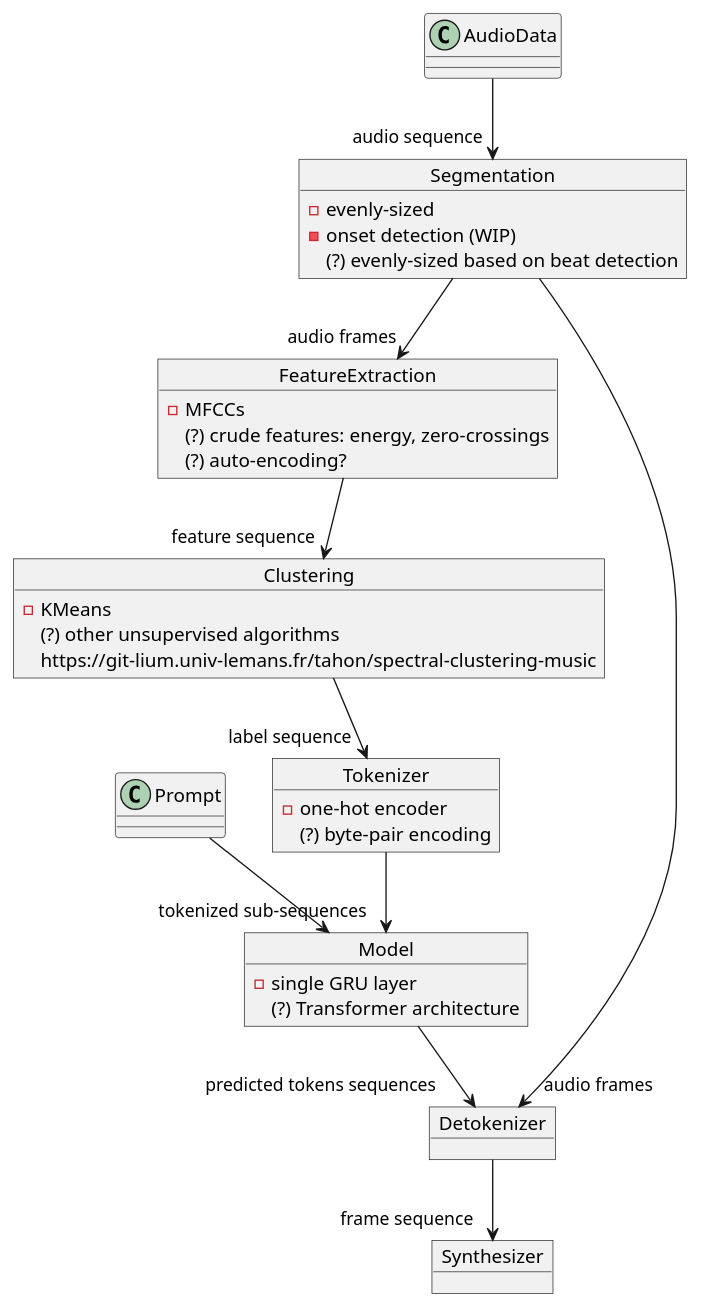
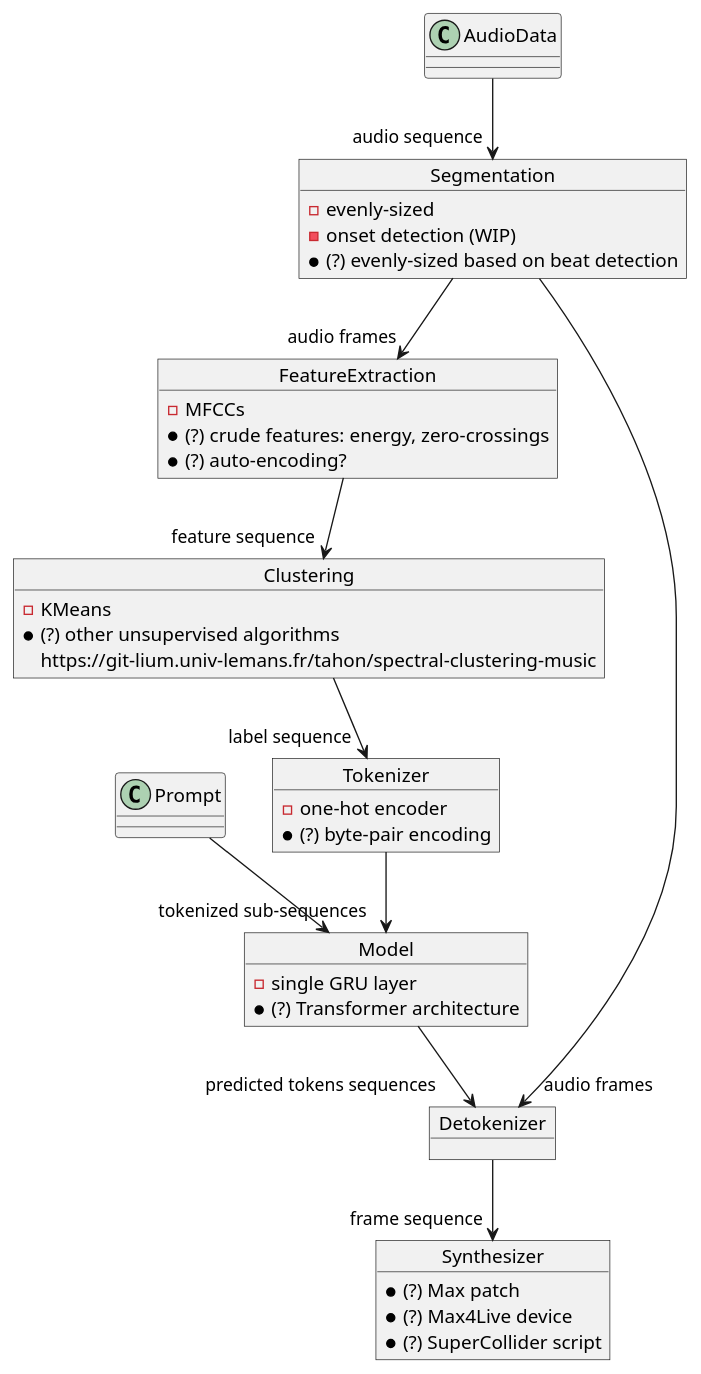
One commit to wwerkk/MC-FP changed the diagram in docs/ArchitectureIdeas.md. Above: the diagram before and after it, drawn with PlantUML. The commit also changed 5 other files, not shown here.

Commit message:
update diagrams in docs

````diff
--- a/docs/ArchitectureIdeas.md
+++ b/docs/ArchitectureIdeas.md
@@ -1,51 +1,54 @@
 ```plantuml
 
 object Segmentation
 Segmentation : - evenly-sized
 Segmentation : - onset detection (WIP)
-Segmentation : (?) evenly-sized based on beat detection
+Segmentation : * (?) evenly-sized based on beat detection
 
 object FeatureExtraction
 FeatureExtraction : - MFCCs
-FeatureExtraction : (?) crude features: energy, zero-crossings
-FeatureExtraction : (?) auto-encoding?
+FeatureExtraction : * (?) crude features: energy, zero-crossings
+FeatureExtraction : * (?) auto-encoding?
 
 object Clustering
 Clustering : - KMeans
-Clustering : (?) other unsupervised algorithms
+Clustering : * (?) other unsupervised algorithms
 Clustering : https://git-lium.univ-lemans.fr/tahon/spectral-clustering-music
 
 object Tokenizer
 Tokenizer : - one-hot encoder
-Tokenizer : (?) byte-pair encoding
+Tokenizer : * (?) byte-pair encoding
 
 object Model
 Model : - single GRU layer
-Model : (?) Transformer architecture
+Model : * (?) Transformer architecture
 
 object Detokenizer
 
 object Synthesizer
+Synthesizer : * (?) Max patch
+Synthesizer : * (?) Max4Live device
+Synthesizer : * (?) SuperCollider script
 
 AudioData --> "audio sequence" Segmentation
 
 Segmentation --> "audio frames" FeatureExtraction
 
 FeatureExtraction --> "feature sequence" Clustering
 
 Clustering --> "label sequence" Tokenizer
 
 Tokenizer --> "tokenized sub-sequences" Model
 
 Prompt --> Model
 
 Model --> "predicted tokens sequences" Detokenizer
 
 Segmentation --> "audio frames" Detokenizer
 
 Detokenizer --> "frame sequence" Synthesizer
 
 
 
 
 ```
````
